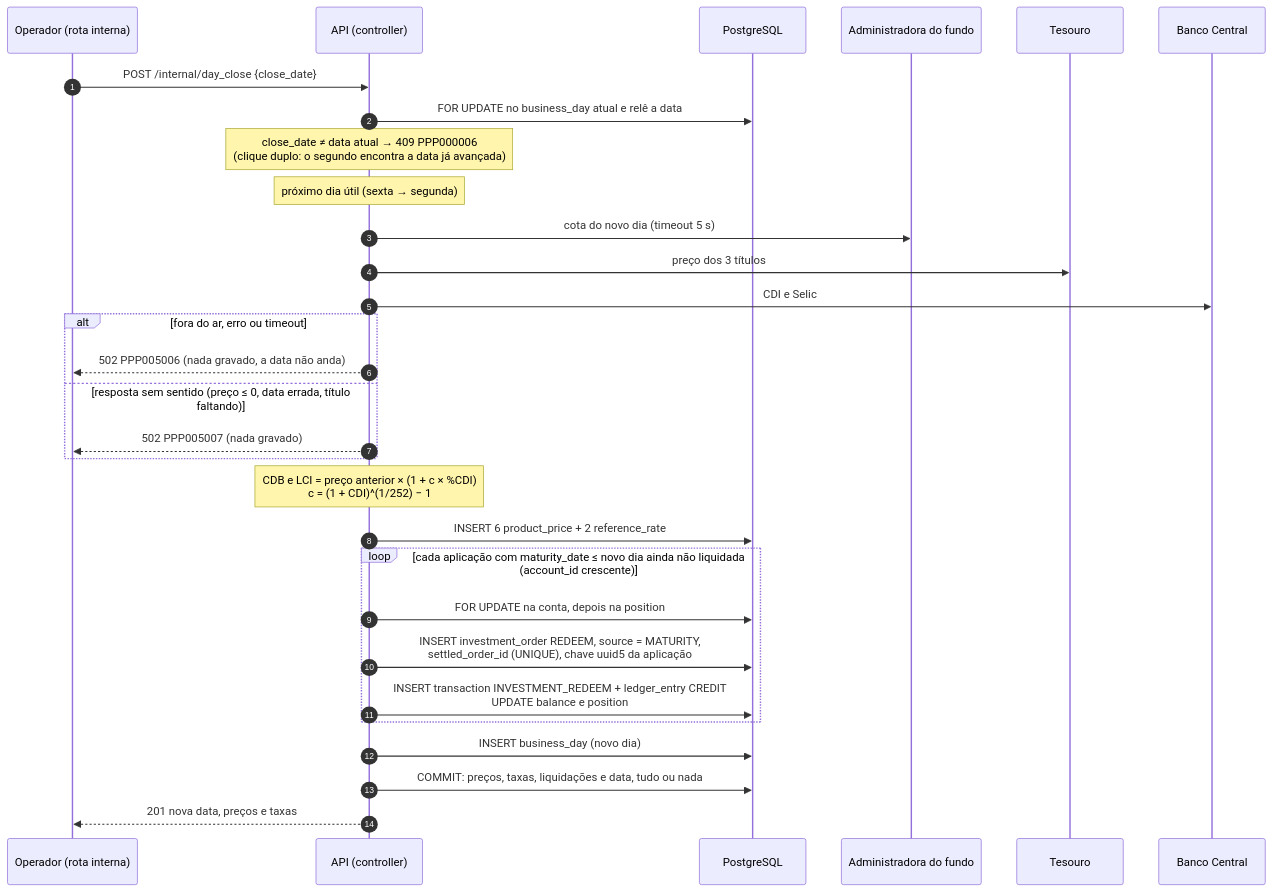
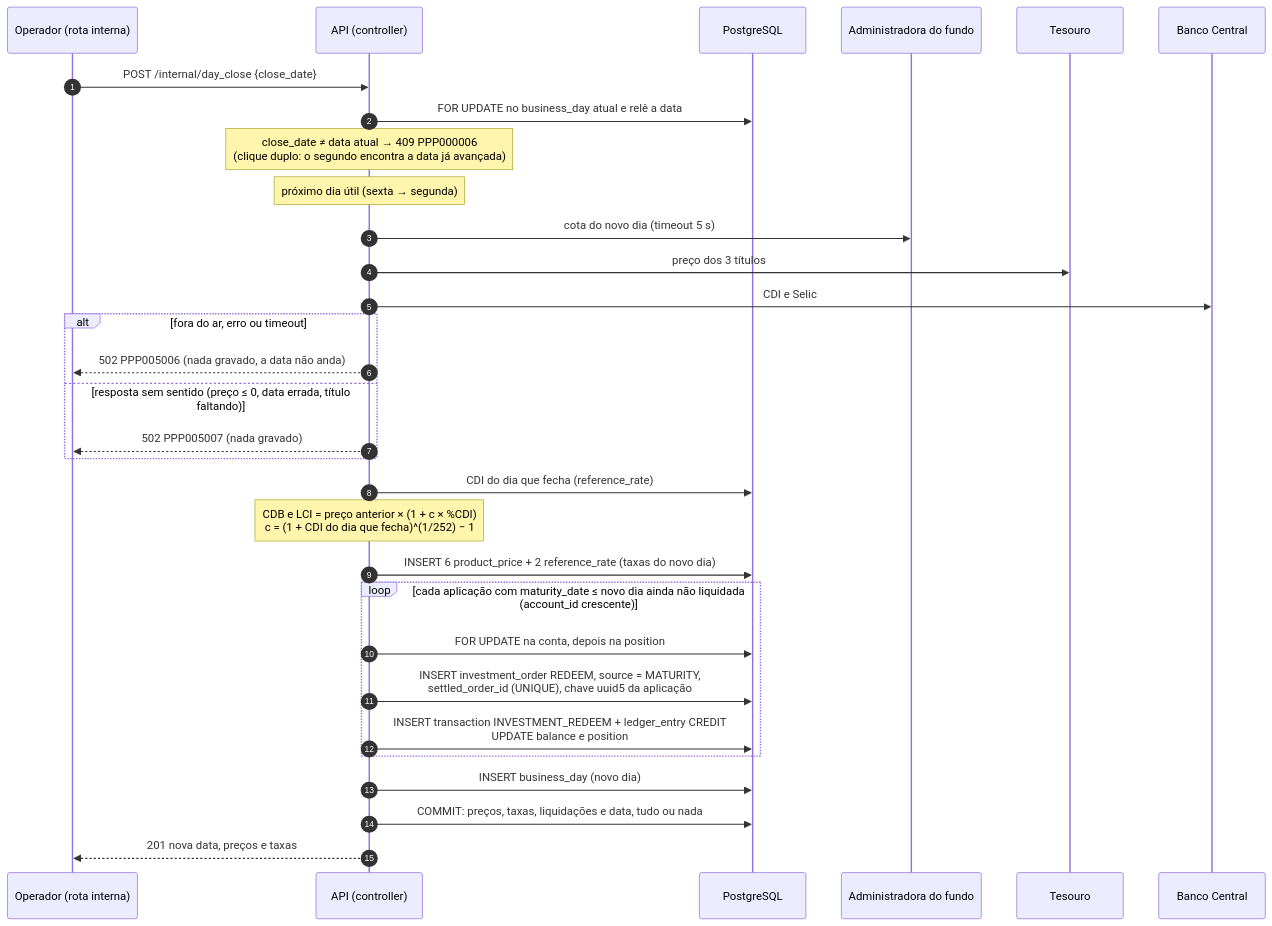
Before and after one commit to heluylucas/bootcamp-qi-tech-presidas-: the diagram in docs/diagramas/fechamento-do-dia.mmd, drawn with Mermaid. The commit also changed 5 other files, not shown here.

```diff
--- a/docs/diagramas/fechamento-do-dia.mmd
+++ b/docs/diagramas/fechamento-do-dia.mmd
@@ -1,31 +1,32 @@
 sequenceDiagram
     autonumber
     participant O as Operador (rota interna)
     participant API as API (controller)
     participant DB as PostgreSQL
     participant F as Administradora do fundo
     participant T as Tesouro
     participant BC as Banco Central
 
     O->>API: POST /internal/day_close {close_date}
     API->>DB: FOR UPDATE no business_day atual e relê a data
     Note over API: close_date ≠ data atual → 409 PPP000006<br/>(clique duplo: o segundo encontra a data já avançada)
     Note over API: próximo dia útil (sexta → segunda)
     API->>F: cota do novo dia (timeout 5 s)
     API->>T: preço dos 3 títulos
     API->>BC: CDI e Selic
     alt fora do ar, erro ou timeout
         API-->>O: 502 PPP005006 (nada gravado, a data não anda)
     else resposta sem sentido (preço ≤ 0, data errada, título faltando)
         API-->>O: 502 PPP005007 (nada gravado)
     end
-    Note over API: CDB e LCI = preço anterior × (1 + c × %CDI)<br/>c = (1 + CDI)^(1/252) − 1
-    API->>DB: INSERT 6 product_price + 2 reference_rate
+    API->>DB: CDI do dia que fecha (reference_rate)
+    Note over API: CDB e LCI = preço anterior × (1 + c × %CDI)<br/>c = (1 + CDI do dia que fecha)^(1/252) − 1
+    API->>DB: INSERT 6 product_price + 2 reference_rate (taxas do novo dia)
     loop cada aplicação com maturity_date ≤ novo dia ainda não liquidada (account_id crescente)
         API->>DB: FOR UPDATE na conta, depois na position
         API->>DB: INSERT investment_order REDEEM, source = MATURITY,<br/>settled_order_id (UNIQUE), chave uuid5 da aplicação
         API->>DB: INSERT transaction INVESTMENT_REDEEM + ledger_entry CREDIT<br/>UPDATE balance e position
     end
     API->>DB: INSERT business_day (novo dia)
     API->>DB: COMMIT: preços, taxas, liquidações e data, tudo ou nada
     API-->>O: 201 nova data, preços e taxas
```
